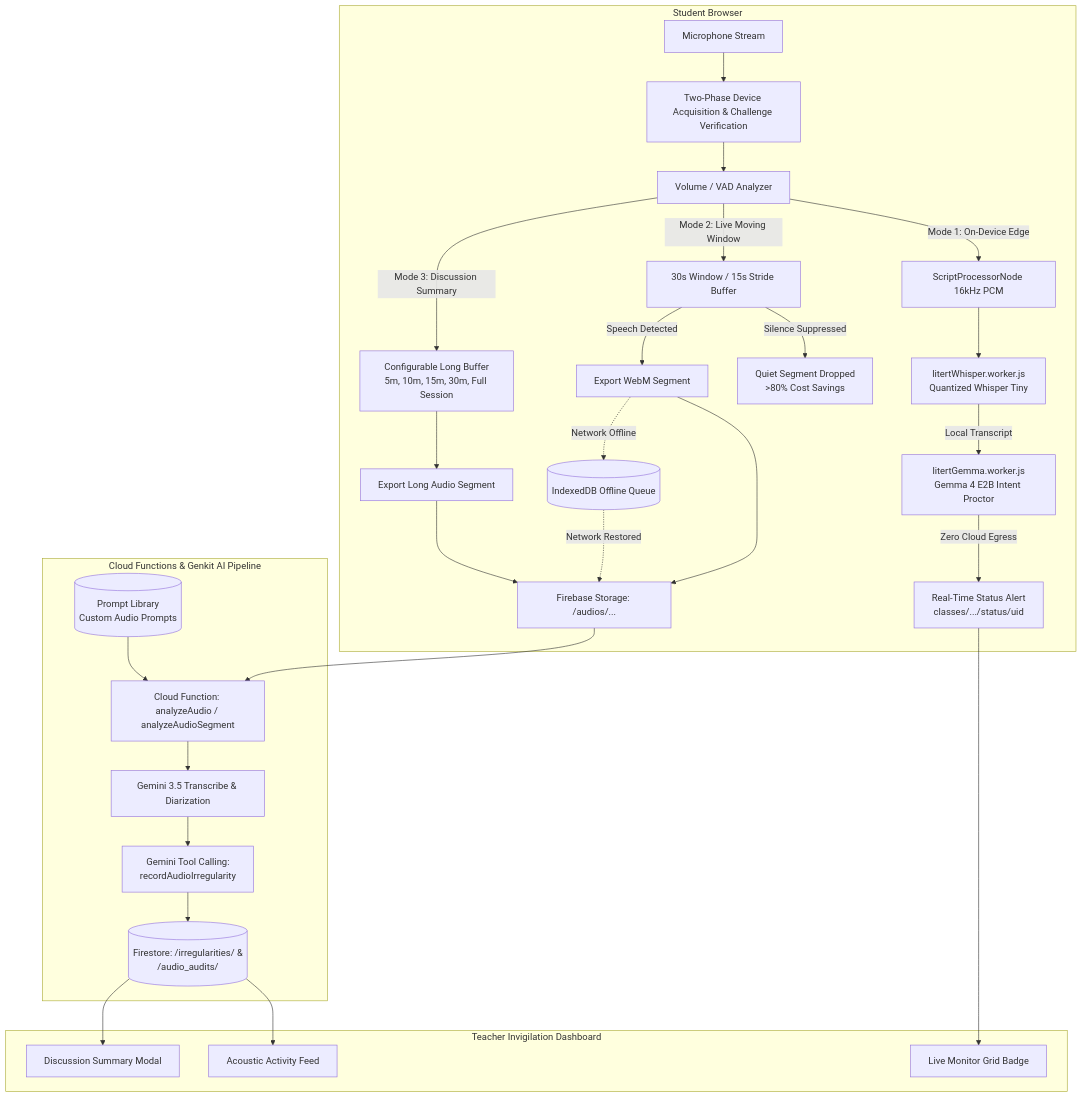
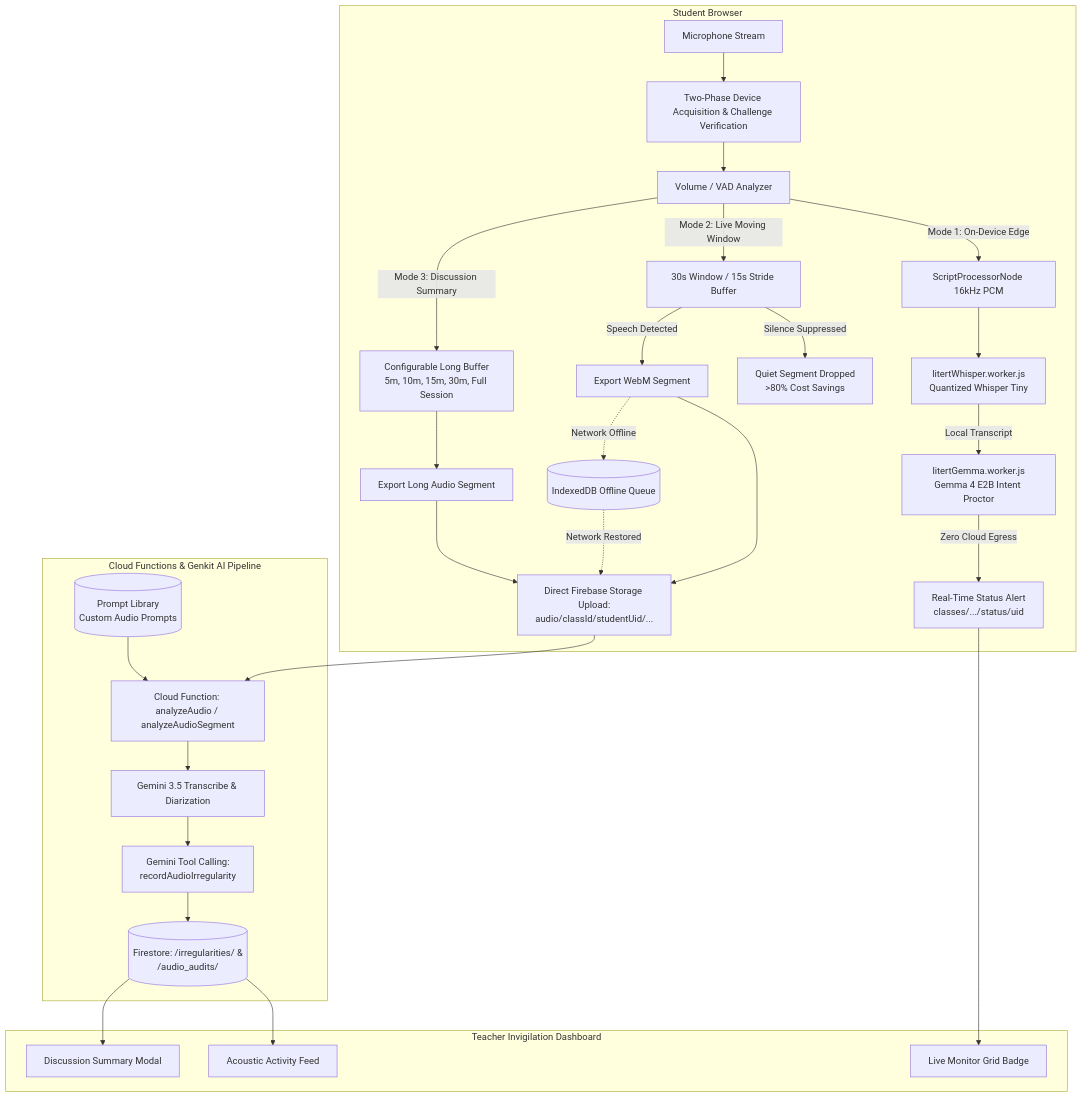
The first of 7 diagrams in docs/audio-invigilation-and-transcription.md (wongcyrus/Google-AI-Classroom), drawn with Mermaid before and after one commit. The commit also changed other lines of this file and 1 other file, not shown here.

Commit message:
docs: clarify direct-to-bucket uploadBytes + storage.rules vs pre-signed read URLs

````diff
--- a/docs/audio-invigilation-and-transcription.md
+++ b/docs/audio-invigilation-and-transcription.md
@@ -31,42 +31,42 @@
 ```mermaid
 flowchart TD
     subgraph Client [Student Browser]
         Mic[Microphone Stream] --> DevAcq[Two-Phase Device Acquisition & Challenge Verification]
         DevAcq --> VAD[Volume / VAD Analyzer]
         
         %% Mode 1: Edge LiteRT
         VAD -->|Mode 1: On-Device Edge| ScriptProc[ScriptProcessorNode 16kHz PCM]
         ScriptProc --> EdgeWhisper[litertWhisper.worker.js\nQuantized Whisper Tiny]
         EdgeWhisper -->|Local Transcript| EdgeGemma[litertGemma.worker.js\nGemma 4 E2B Intent Proctor]
         EdgeGemma -->|Zero Cloud Egress| LocalAlert[Real-Time Status Alert\nclasses/.../status/uid]
 
         %% Mode 2: Moving Window Invigilation
         VAD -->|Mode 2: Live Moving Window| RollingBuf[30s Window / 15s Stride Buffer]
         RollingBuf -->|Silence Suppressed| DropSilence[Quiet Segment Dropped\n>80% Cost Savings]
         RollingBuf -->|Speech Detected| WebMChunk[Export WebM Segment]
-        WebMChunk --> StorageUpload[Firebase Storage: /audios/...]
+        WebMChunk --> StorageUpload[Direct Firebase Storage Upload:\naudio/classId/studentUid/...]
 
         %% Mode 3: Discussion Summarization
         VAD -->|Mode 3: Discussion Summary| SummaryBuf[Configurable Long Buffer\n5m, 10m, 15m, 30m, Full Session]
         SummaryBuf --> LongWebM[Export Long Audio Segment]
         LongWebM --> StorageUpload
 
         %% Mode 4: Offline Queue
         WebMChunk -.->|Network Offline| IDB[(IndexedDB Offline Queue)]
         IDB -.->|Network Restored| StorageUpload
     end
 
     subgraph Backend [Cloud Functions & Genkit AI Pipeline]
         StorageUpload --> AnalyzeFn[Cloud Function: analyzeAudio / analyzeAudioSegment]
         PromptLib[(Prompt Library\nCustom Audio Prompts)] --> AnalyzeFn
         AnalyzeFn --> GeminiTranscribe[Gemini 3.5 Transcribe & Diarization]
         GeminiTranscribe --> ToolCalling[Gemini Tool Calling:\nrecordAudioIrregularity]
         ToolCalling --> FirestoreAudits[(Firestore: /irregularities/ &\n/audio_audits/)]
     end
 
     subgraph Dashboard [Teacher Invigilation Dashboard]
         LocalAlert --> MonitorGrid[Live Monitor Grid Badge]
         FirestoreAudits --> LiveFeed[Acoustic Activity Feed]
         FirestoreAudits --> SummaryView[Discussion Summary Modal]
     end
 ```
````
